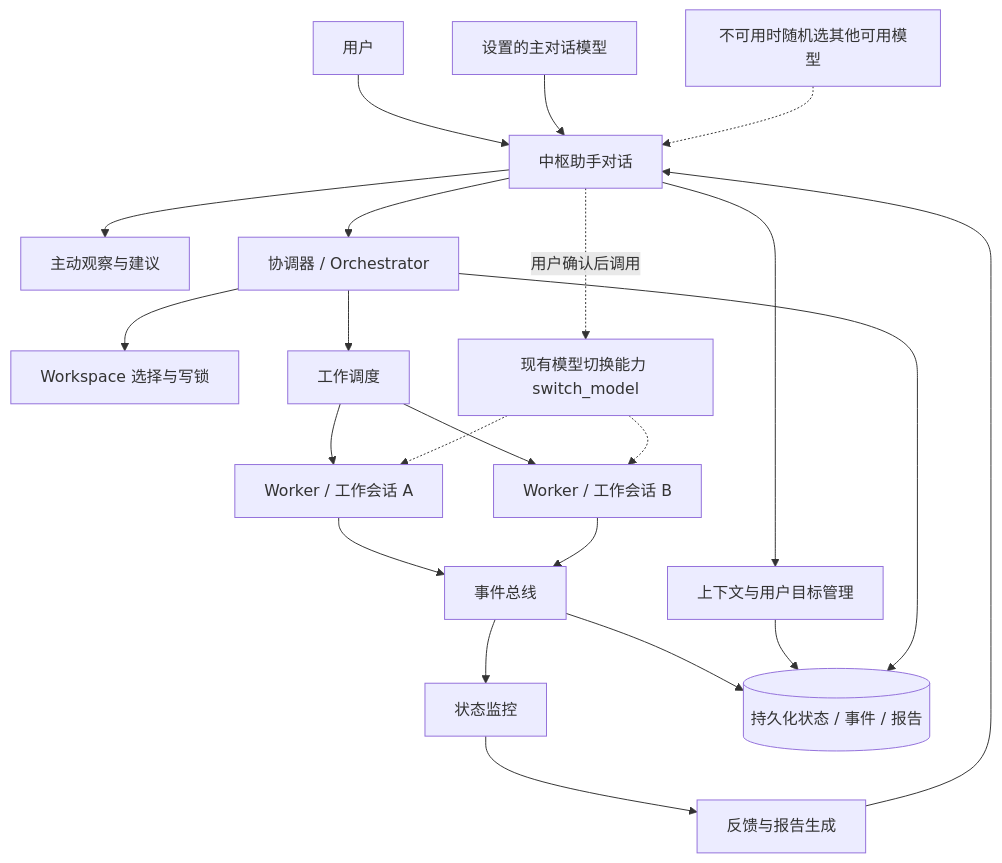
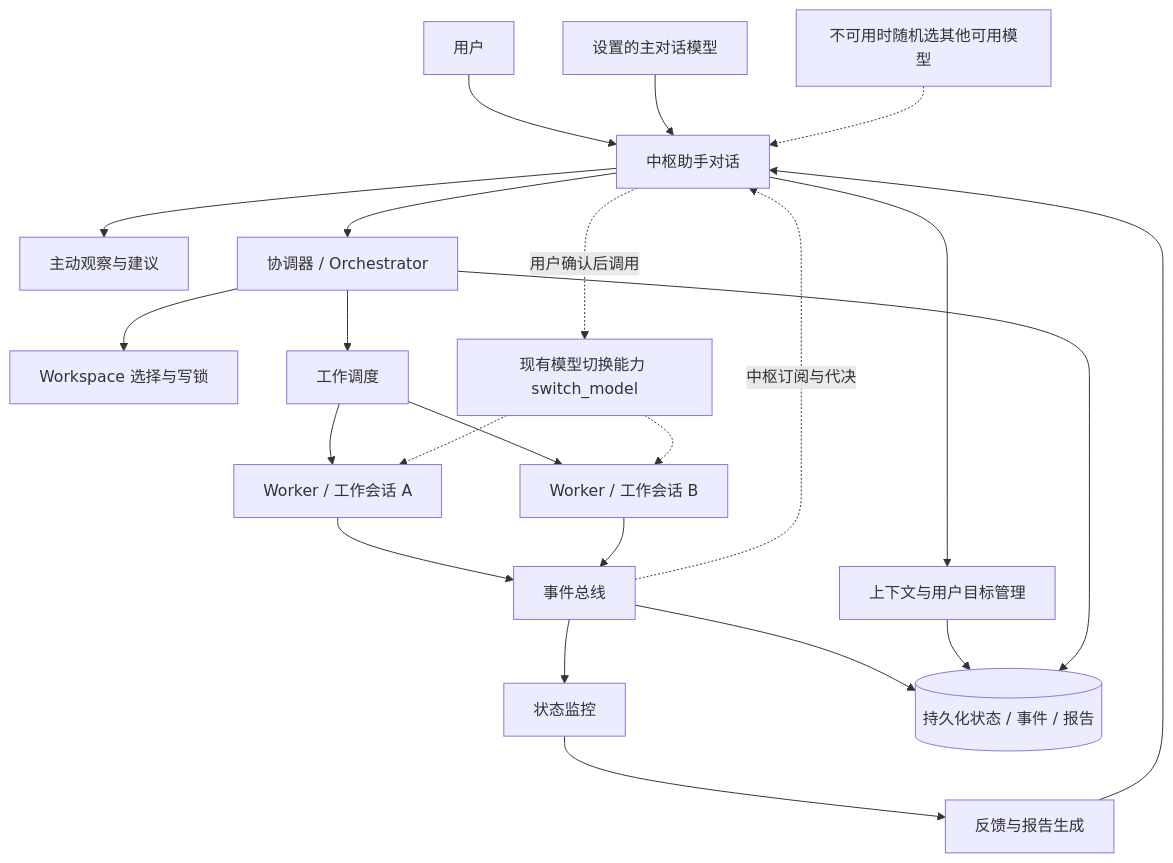
One commit to silent-rs/Tiangong changed the diagram in docs/central-mode-design-draft.md. Above: the diagram before and after it, drawn with Mermaid. The commit also changed other lines of this file, not shown here.

````diff
--- a/docs/central-mode-design-draft.md
+++ b/docs/central-mode-design-draft.md
@@ -748,24 +793,25 @@
 ```mermaid
 flowchart TD
     U[用户] --> J[中枢助手对话]
     J --> CM[上下文与用户目标管理]
     J --> O[主动观察与建议]
     J --> ORCH[协调器 / Orchestrator]
     CMODEL[设置的主对话模型] --> J
     FB[不可用时随机选其他可用模型] -.-> J
     ORCH --> WS[Workspace 选择与写锁]
     ORCH --> DISPATCH[工作调度]
     DISPATCH --> W1[Worker / 工作会话 A]
     DISPATCH --> W2[Worker / 工作会话 B]
     SW[现有模型切换能力 switch_model] -.-> W1
     SW -.-> W2
     J -.->|用户确认后调用| SW
     W1 --> BUS[事件总线]
     W2 --> BUS
+    BUS -.->|中枢订阅与代决| J
     BUS --> MON[状态监控]
     MON --> REP[反馈与报告生成]
     REP --> J
     BUS --> STORE[(持久化状态 / 事件 / 报告)]
     CM --> STORE
     ORCH --> STORE
 ```
````
